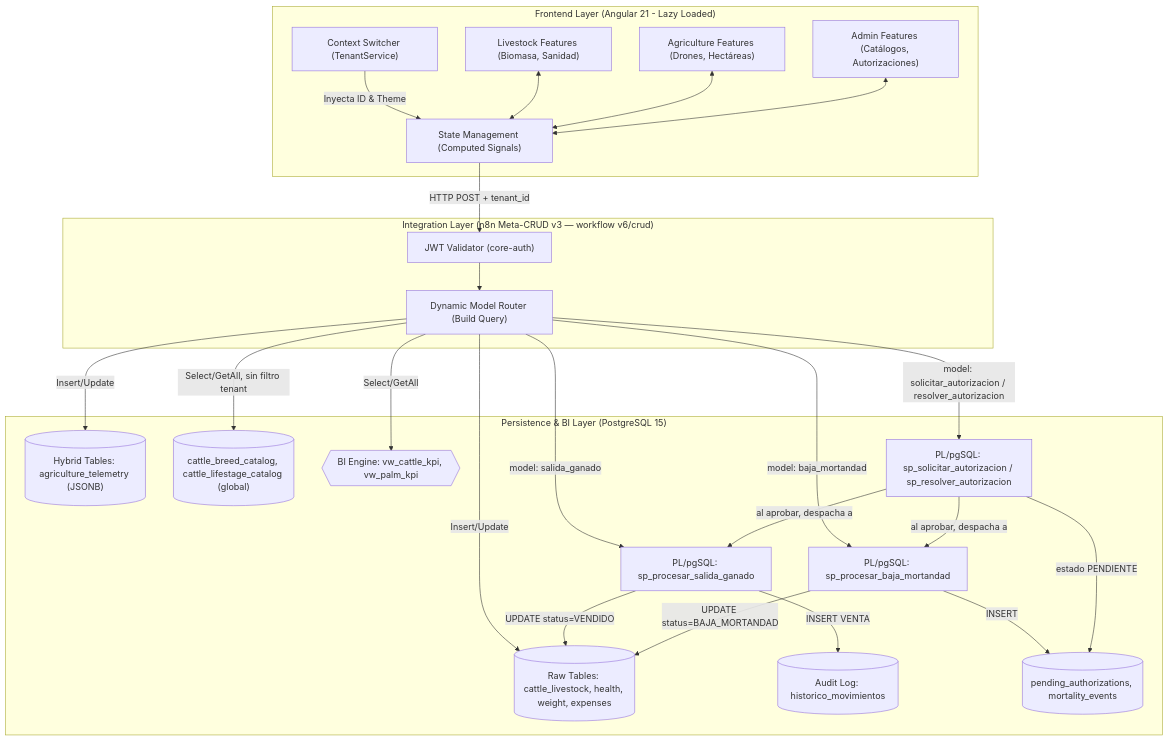
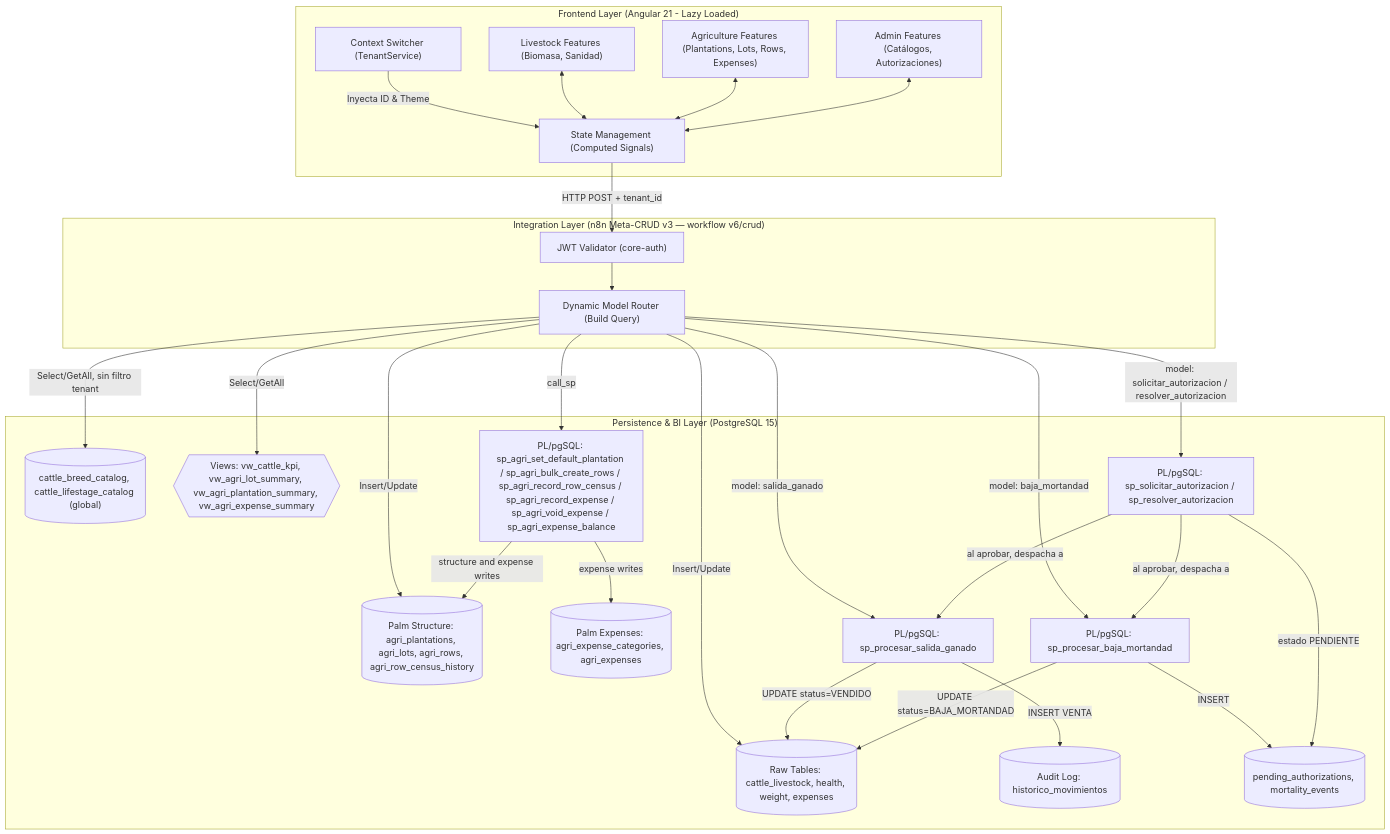
Before and after one commit to fjpimienta/n8n-enterprise-automation-suite: the diagram in hosting3m-workspace/projects/agro-erp/docs/ARCHITECTURE.md, drawn with Mermaid. The commit also changed other lines of this file and 2 other files, not shown here.

First line of the commit message:
docs(agro-erp): update architecture, schema, and migration index to v1.19.0

````diff
--- a/hosting3m-workspace/projects/agro-erp/docs/ARCHITECTURE.md
+++ b/hosting3m-workspace/projects/agro-erp/docs/ARCHITECTURE.md
@@ -82,51 +71,56 @@
 ```mermaid
 graph TD
     subgraph "Frontend Layer (Angular 21 - Lazy Loaded)"
         CS["Context Switcher (TenantService)"]
         UI_Cattle["Livestock Features (Biomasa, Sanidad)"]
-        UI_Palm["Agriculture Features (Drones, Hectáreas)"]
+        UI_Palm["Agriculture Features (Plantations, Lots, Rows, Expenses)"]
         UI_Admin["Admin Features (Catálogos, Autorizaciones)"]
         Signals["State Management (Computed Signals)"]
 
         CS -->|Inyecta ID & Theme| Signals
         UI_Cattle <--> Signals
         UI_Palm <--> Signals
         UI_Admin <--> Signals
     end
 
     subgraph "Integration Layer (n8n Meta-CRUD v3 — workflow v6/crud)"
         Auth["JWT Validator (core-auth)"]
         Router["Dynamic Model Router (Build Query)"]
 
         Signals -->|HTTP POST + tenant_id| Auth
         Auth --> Router
     end
 
     subgraph "Persistence & BI Layer (PostgreSQL 15)"
         Table_Cattle[("Raw Tables: cattle_livestock, health, weight, expenses")]
         Table_Historico[("Audit Log: historico_movimientos")]
-        Table_Palm[("Hybrid Tables: agriculture_telemetry (JSONB)")]
+        Table_Palm[("Palm Structure: agri_plantations, agri_lots, agri_rows, agri_row_census_history")]
+        Table_PalmExpenses[("Palm Expenses: agri_expense_categories, agri_expenses")]
         Table_Auth[("pending_authorizations, mortality_events")]
         Table_Catalog[("cattle_breed_catalog, cattle_lifestage_catalog (global)")]
-        View_BI{{"BI Engine: vw_cattle_kpi, vw_palm_kpi"}}
+        View_BI{{"Views: vw_cattle_kpi, vw_agri_lot_summary, vw_agri_plantation_summary, vw_agri_expense_summary"}}
         SP_Salida["PL/pgSQL: sp_procesar_salida_ganado"]
         SP_Mortandad["PL/pgSQL: sp_procesar_baja_mortandad"]
         SP_Auth["PL/pgSQL: sp_solicitar_autorizacion / sp_resolver_autorizacion"]
+        SP_Agri["PL/pgSQL: sp_agri_set_default_plantation / sp_agri_bulk_create_rows / sp_agri_record_row_census / sp_agri_record_expense / sp_agri_void_expense / sp_agri_expense_balance"]
 
         Router -->|Insert/Update| Table_Cattle
         Router -->|Insert/Update| Table_Palm
+        Router -->|call_sp| SP_Agri
+        SP_Agri -->|structure and expense writes| Table_Palm
+        SP_Agri -->|expense writes| Table_PalmExpenses
         Router -->|Select/GetAll, sin filtro tenant| Table_Catalog
         Router -->|Select/GetAll| View_BI
         Router -->|model: salida_ganado| SP_Salida
         Router -->|model: baja_mortandad| SP_Mortandad
         Router -->|model: solicitar_autorizacion / resolver_autorizacion| SP_Auth
         SP_Salida -->|UPDATE status=VENDIDO| Table_Cattle
         SP_Salida -->|INSERT VENTA| Table_Historico
         SP_Mortandad -->|UPDATE status=BAJA_MORTANDAD| Table_Cattle
         SP_Mortandad -->|INSERT| Table_Auth
         SP_Auth -->|estado PENDIENTE| Table_Auth
         SP_Auth -->|al aprobar, despacha a| SP_Salida
         SP_Auth -->|al aprobar, despacha a| SP_Mortandad
     end
 
 ```
````
